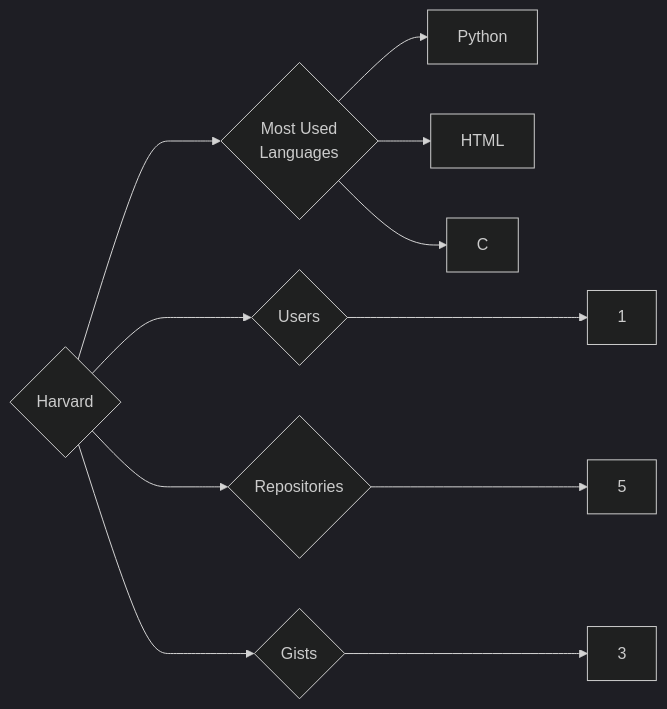
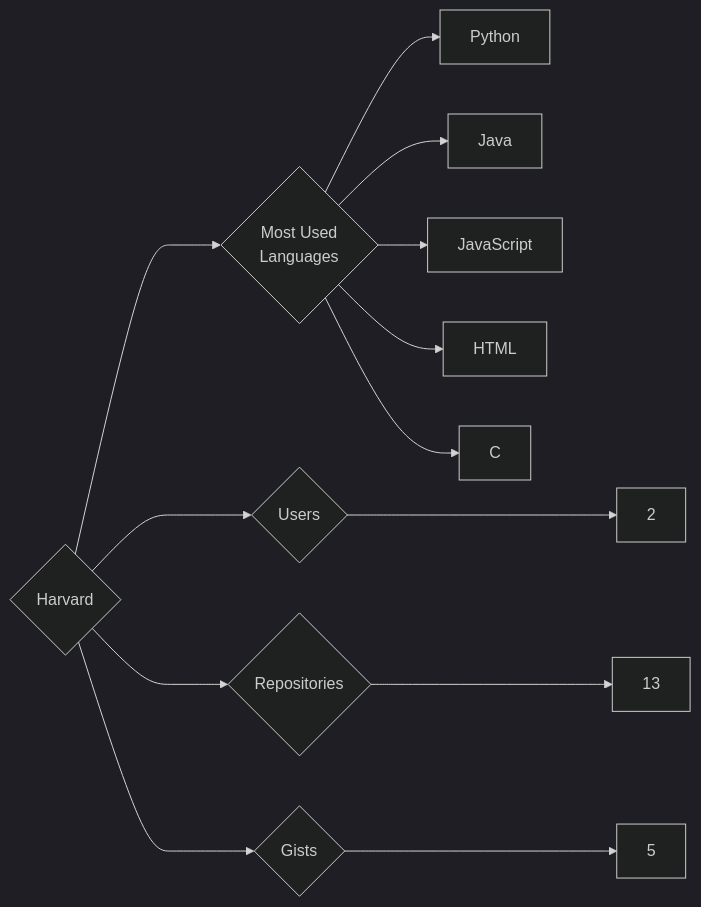
Before and after one commit to trickest/insiders: the diagram in targets/Harvard/README.md, drawn with Mermaid (dark theme). The commit also changed 823 other files, not shown here.

````diff
--- a/targets/Harvard/README.md
+++ b/targets/Harvard/README.md
@@ -3,11 +3,13 @@
 ```mermaid
 graph LR
 COMPANY_NAME{Harvard}
-COMPANY_NAME ---> U{Users} ---> UN[1]
-COMPANY_NAME ---> R{Repositories} ---> RN[5]
-COMPANY_NAME ---> G{Gists} ---> GN[3]
+COMPANY_NAME ---> U{Users} ---> UN[2]
+COMPANY_NAME ---> R{Repositories} ---> RN[13]
+COMPANY_NAME ---> G{Gists} ---> GN[5]
 COMPANY_NAME ---> ML{Most Used<br>Languages}
 ML --> Python[Python]
+ML --> Java[Java]
+ML --> JavaScript[JavaScript]
 ML --> HTML[HTML]
 ML --> C[C]
 ```
````
